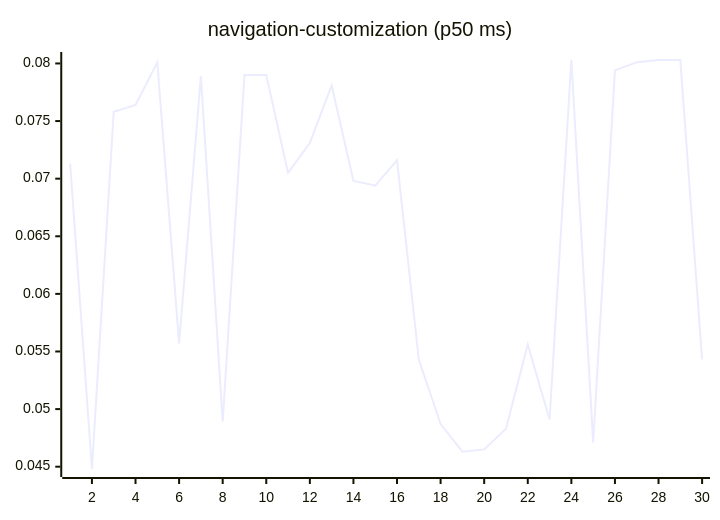
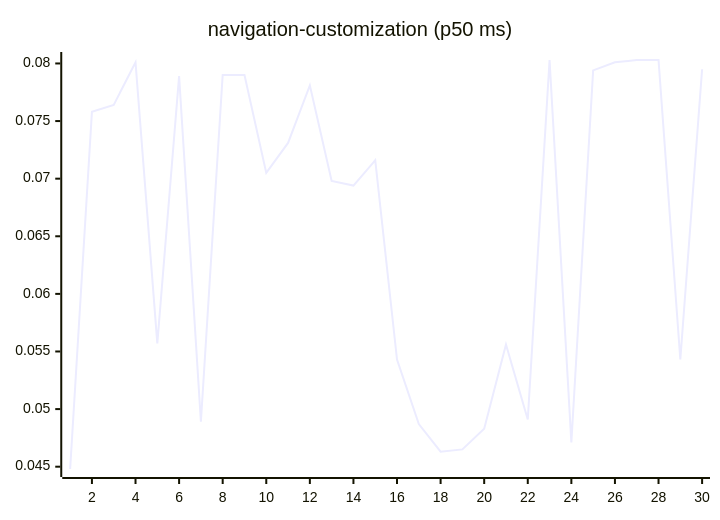
Before and after one commit to josha/Facet: diagram 15 of 27 in README.md, drawn with Mermaid. The commit also changed other lines of this file and 2 other files, not shown here.

````diff
--- a/README.md
+++ b/README.md
@@ -161,6 +161,6 @@
 ```mermaid
 xychart-beta
     title "navigation-customization (p50 ms)"
     x-axis 1 --> 30
-    line [0.0713, 0.0448, 0.0758, 0.0764, 0.0801, 0.0557, 0.0789, 0.0489, 0.0790, 0.0790, 0.0705, 0.0731, 0.0781, 0.0698, 0.0694, 0.0716, 0.0543, 0.0487, 0.0463, 0.0465, 0.0483, 0.0556, 0.0491, 0.0803, 0.0471, 0.0794, 0.0801, 0.0803, 0.0803, 0.0543]
+    line [0.0448, 0.0758, 0.0764, 0.0801, 0.0557, 0.0789, 0.0489, 0.0790, 0.0790, 0.0705, 0.0731, 0.0781, 0.0698, 0.0694, 0.0716, 0.0543, 0.0487, 0.0463, 0.0465, 0.0483, 0.0556, 0.0491, 0.0803, 0.0471, 0.0794, 0.0801, 0.0803, 0.0803, 0.0543, 0.0795]
 ```
````
